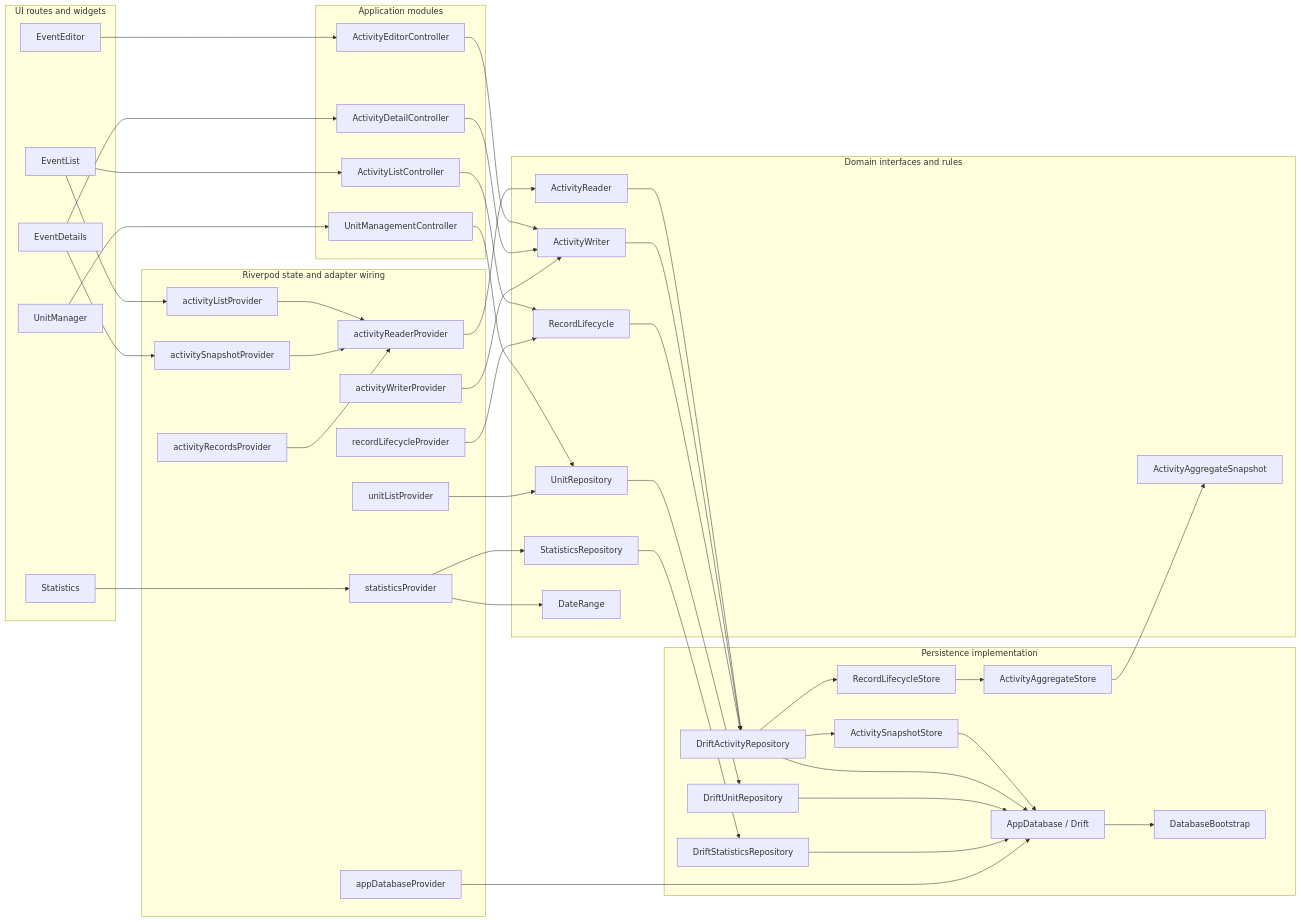
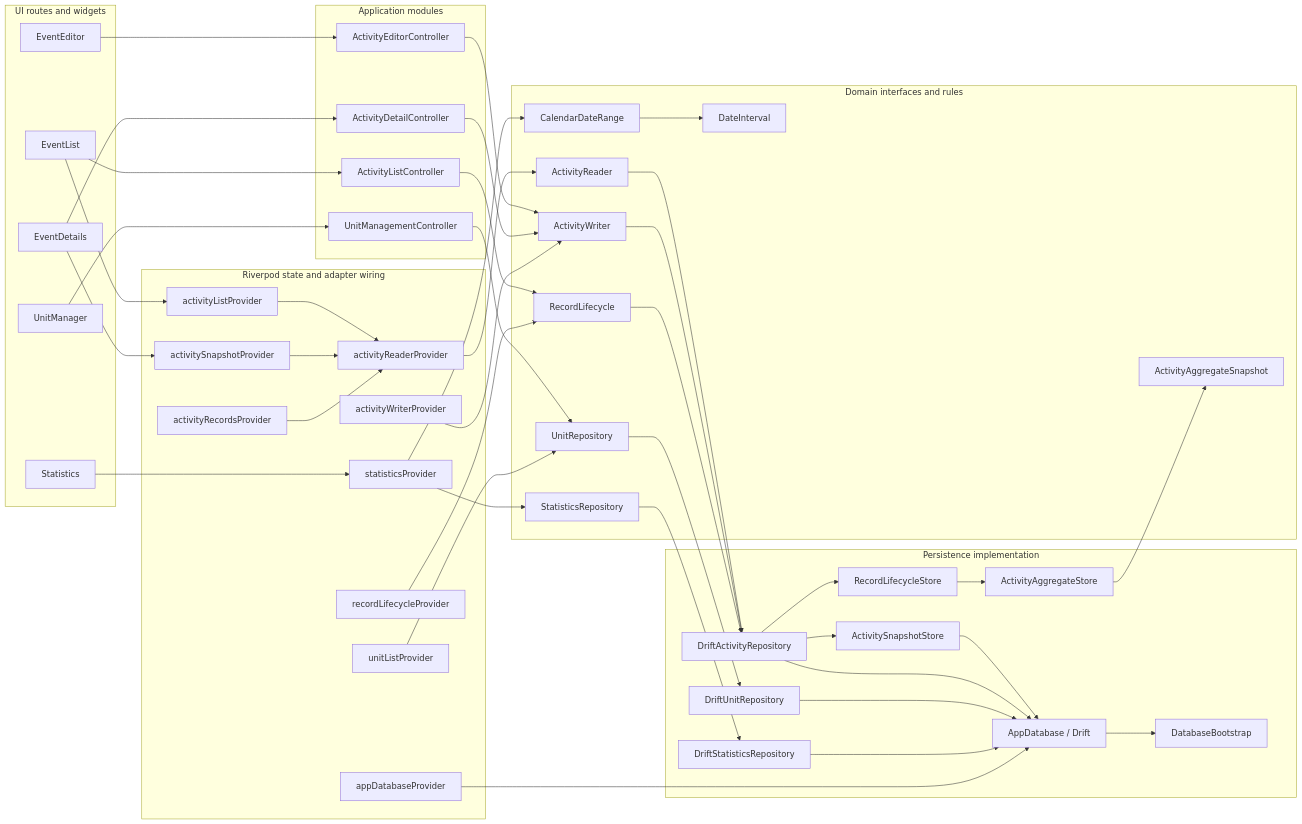
One commit to Guoyuer/eventTracker changed the first of 6 diagrams in docs/architecture/module-flow.md. Above: the diagram before and after it, drawn with Mermaid. The commit also changed other lines of this file and 14 other files, not shown here.

```diff
--- a/docs/architecture/module-flow.md
+++ b/docs/architecture/module-flow.md
@@ -28,7 +28,8 @@
     UnitRepository["UnitRepository"]
     StatisticsRepository["StatisticsRepository"]
     AggregateRules["ActivityAggregateSnapshot"]
-    DateRange["DateRange"]
+    CalendarDateRange["CalendarDateRange"]
+    DateInterval["DateInterval"]
   end
 
   subgraph State["Riverpod state and adapter wiring"]
@@ -75,13 +76,14 @@
   RecordLifecycleProvider --> RecordLifecycle
   UnitListProvider --> UnitRepository
   StatisticsProvider --> StatisticsRepository
-  StatisticsProvider --> DateRange
+  StatisticsProvider --> CalendarDateRange
 
   ActivityReader --> DriftActivityRepository
   ActivityWriter --> DriftActivityRepository
   RecordLifecycle --> DriftActivityRepository
   UnitRepository --> DriftUnitRepository
   StatisticsRepository --> DriftStatisticsRepository
+  CalendarDateRange --> DateInterval
   DriftActivityRepository --> RecordLifecycleStore
   DriftActivityRepository --> ActivitySnapshotStore
   RecordLifecycleStore --> AggregateStore
```
